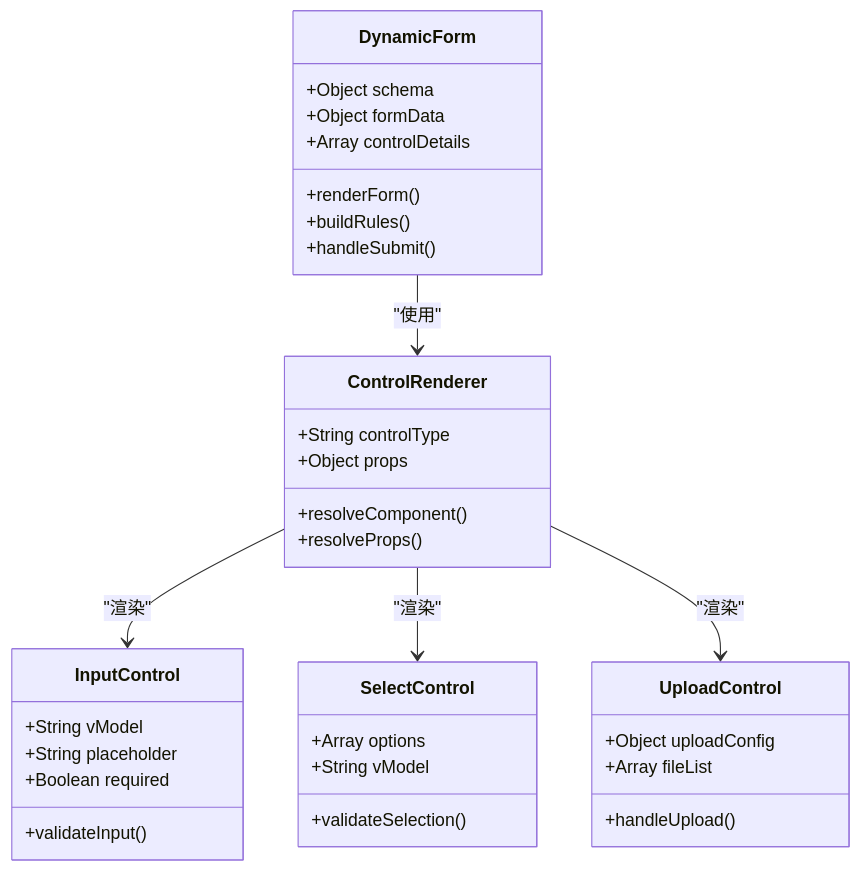
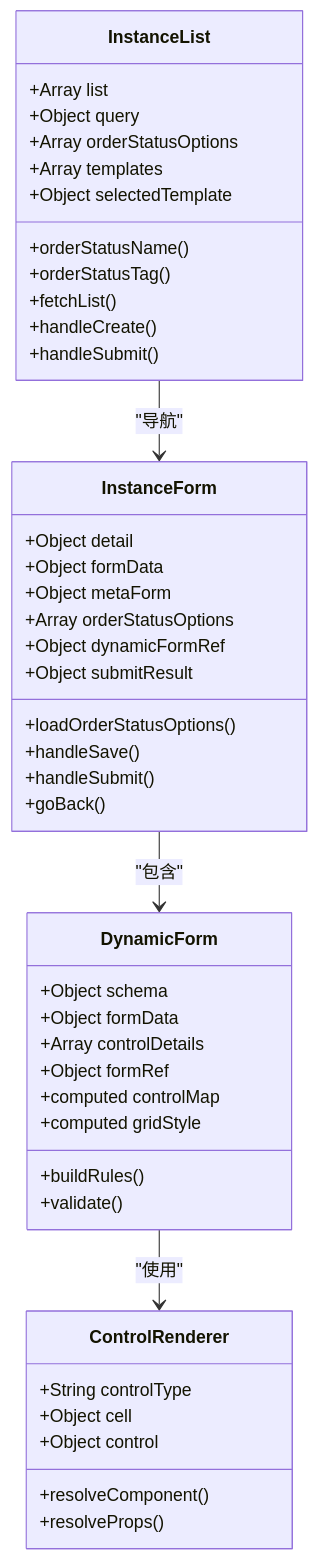
Before and after one commit to NJMrLi/genetics: the second of 14 diagrams in .qoder/repowiki/zh/content/前端架构设计/Vue应用结构设计.md, drawn with Mermaid. The commit also changed other lines of this file and 152 other files, not shown here.

````diff
--- a/.qoder/repowiki/zh/content/前端架构设计/Vue应用结构设计.md
+++ b/.qoder/repowiki/zh/content/前端架构设计/Vue应用结构设计.md
@@ -92,37 +106,47 @@
 ```mermaid
 classDiagram
 class DynamicForm {
 +Object schema
 +Object formData
 +Array controlDetails
-+renderForm()
++Object formRef
++computed controlMap
++computed gridStyle
 +buildRules()
-+handleSubmit()
++validate()
 }
 class ControlRenderer {
 +String controlType
-+Object props
++Object cell
++Object control
 +resolveComponent()
 +resolveProps()
 }
-class InputControl {
-+String vModel
-+String placeholder
-+Boolean required
-+validateInput()
+class InstanceForm {
++Object detail
++Object formData
++Object metaForm
++Array orderStatusOptions
++Object dynamicFormRef
++Object submitResult
++loadOrderStatusOptions()
++handleSave()
++handleSubmit()
++goBack()
 }
-class SelectControl {
-+Array options
-+String vModel
-+validateSelection()
-}
-class UploadControl {
-+Object uploadConfig
-+Array fileList
-+handleUpload()
+class InstanceList {
++Array list
++Object query
++Array orderStatusOptions
++Array templates
++Object selectedTemplate
++orderStatusName()
++orderStatusTag()
++fetchList()
++handleCreate()
++handleSubmit()
 }
 DynamicForm --> ControlRenderer : "使用"
-ControlRenderer --> InputControl : "渲染"
-ControlRenderer --> SelectControl : "渲染"
-ControlRenderer --> UploadControl : "渲染"
+InstanceForm --> DynamicForm : "包含"
+InstanceList --> InstanceForm : "导航"
 ```
````
